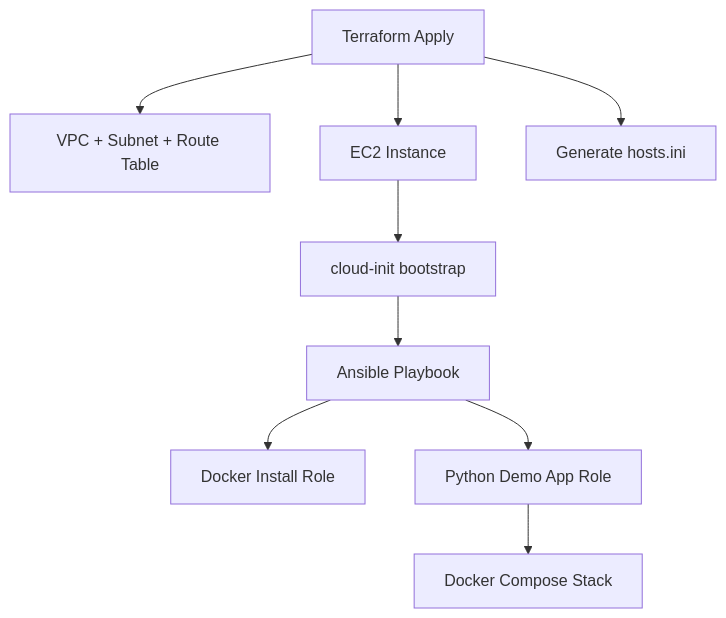
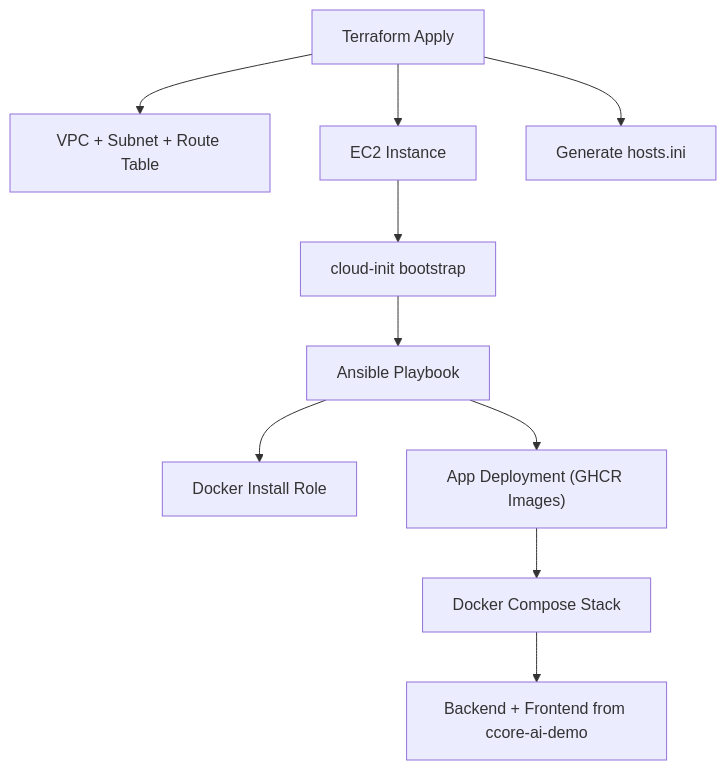
The diagram in README.md (LaurisNeimanis/ccore-ai-infra), drawn with Mermaid before and after one commit. The commit also changed other lines of this file and 5 other files, not shown here.

Commit message:
refactor(ansible): migrate app deployment role and docs

````diff
--- a/README.md
+++ b/README.md
@@ -46,14 +75,15 @@
 ```mermaid
 flowchart TD
     A[Terraform Apply] --> B[VPC + Subnet + Route Table]
     A --> C[EC2 Instance]
     A --> D[Generate hosts.ini]
 
     C --> E[cloud-init bootstrap]
     E --> F[Ansible Playbook]
 
     F --> G[Docker Install Role]
-    F --> H[Python Demo App Role]
+    F --> H["App Deployment (GHCR Images)"]
 
     H --> I[Docker Compose Stack]
+    I --> J[Backend + Frontend from ccore-ai-demo]
 ```
````
